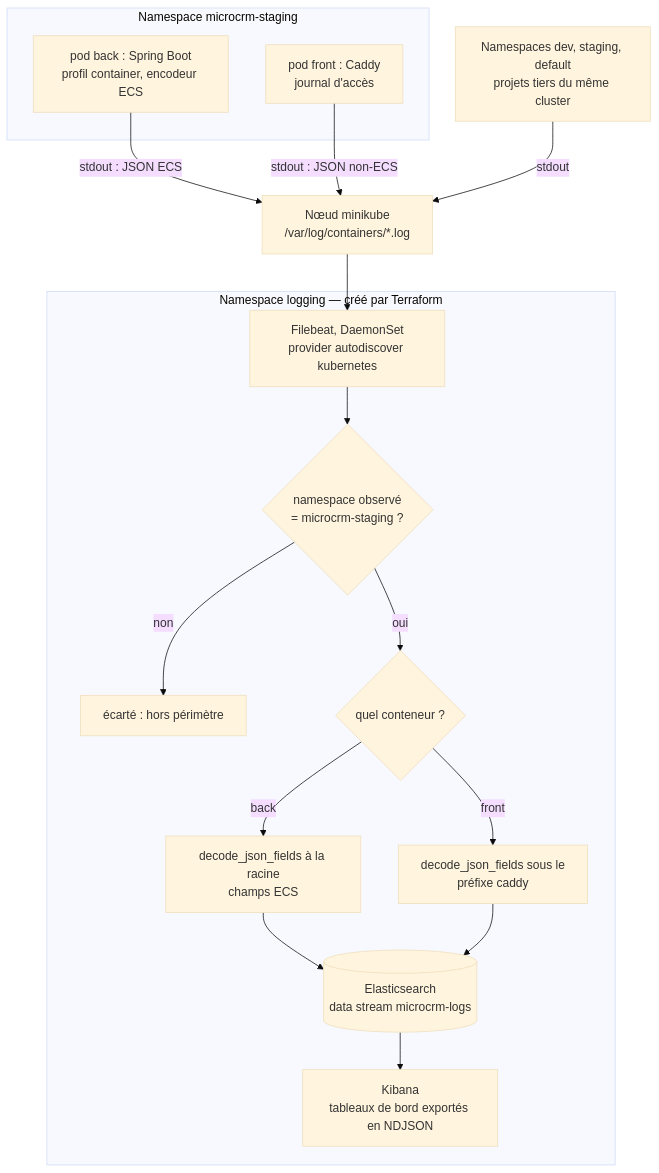
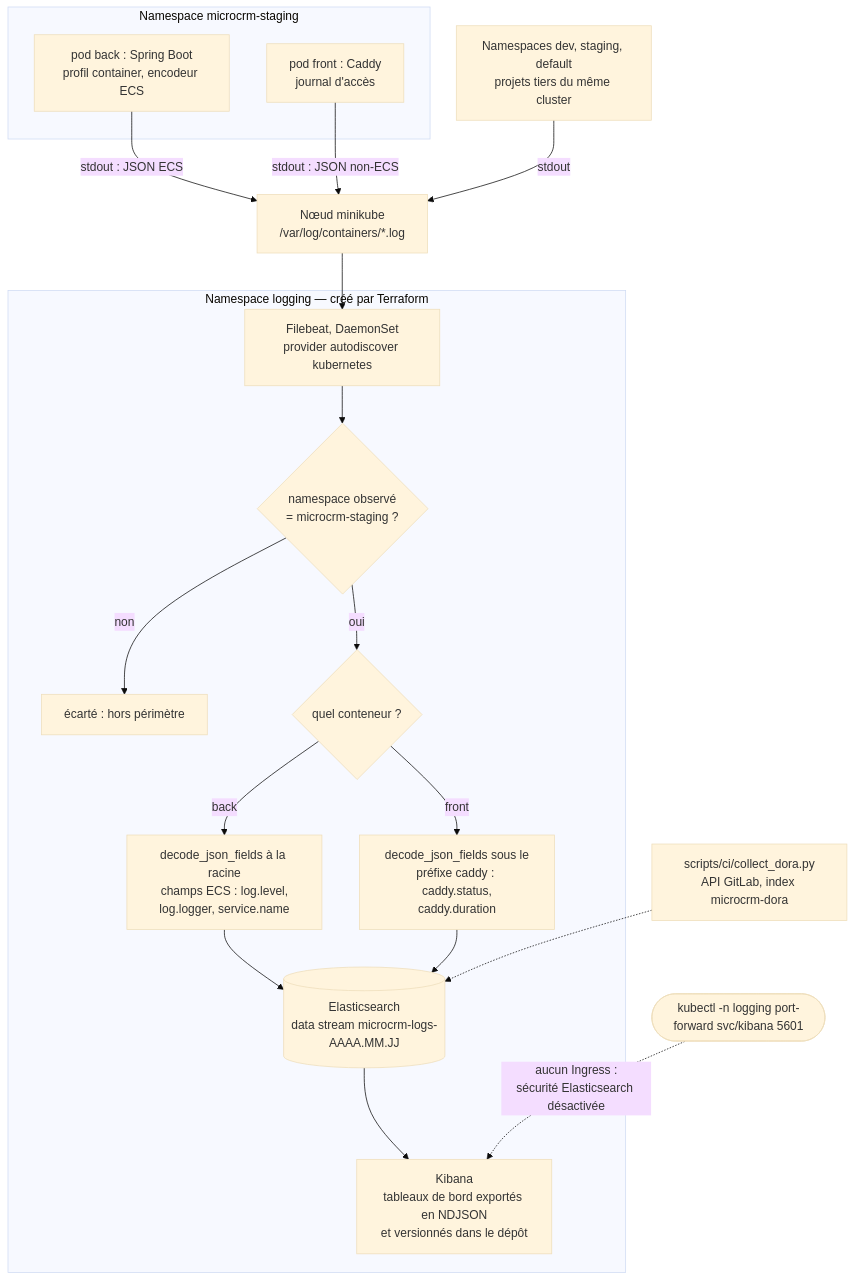
The diagram in docs/rapport-performance.md (TedPasquiet/G-rez-le-cycle-de-vie-de-d-veloppement-logiciel), drawn with Mermaid (base theme) before and after one commit. The commit also changed other lines of this file and 27 other files, not shown here.

````diff
--- a/docs/rapport-performance.md
+++ b/docs/rapport-performance.md
@@ -830,31 +691,39 @@
 ```mermaid
 flowchart TB
     subgraph app["Namespace microcrm-staging"]
         back["pod back : Spring Boot<br/>profil container, encodeur ECS"]
         front["pod front : Caddy<br/>journal d'accès"]
     end
+
     tiers["Namespaces dev, staging, default<br/>projets tiers du même cluster"]
+
     back -->|"stdout : JSON ECS"| files
     front -->|"stdout : JSON non-ECS"| files
     tiers -->|"stdout"| files
+
     files["Nœud minikube<br/>/var/log/containers/*.log"]
     files --> fb
+
     subgraph logging["Namespace logging — créé par Terraform"]
         fb["Filebeat, DaemonSet<br/>provider autodiscover kubernetes"]
         f1{"namespace observé<br/>= microcrm-staging ?"}
         drop["écarté : hors périmètre"]
         f2{"quel conteneur ?"}
-        d1["decode_json_fields à la racine<br/>champs ECS"]
-        d2["decode_json_fields sous le<br/>préfixe caddy"]
-        es[("Elasticsearch<br/>data stream microcrm-logs")]
-        kb["Kibana<br/>tableaux de bord exportés en NDJSON"]
+        d1["decode_json_fields à la racine<br/>champs ECS : log.level,<br/>log.logger, service.name"]
+        d2["decode_json_fields sous le<br/>préfixe caddy : caddy.status,<br/>caddy.duration"]
+        es[("Elasticsearch<br/>data stream microcrm-logs-AAAA.MM.JJ")]
+        kb["Kibana<br/>tableaux de bord exportés en NDJSON<br/>et versionnés dans le dépôt"]
+
         fb --> f1
         f1 -->|non| drop
         f1 -->|oui| f2
         f2 -->|back| d1
         f2 -->|front| d2
         d1 --> es
         d2 --> es
         es --> kb
     end
+
+    dora["scripts/ci/collect_dora.py<br/>API GitLab, index microcrm-dora"] -.-> es
+    ope(["kubectl -n logging port-forward svc/kibana 5601"]) -.->|"aucun Ingress :<br/>sécurité Elasticsearch désactivée"| kb
 ```
````
